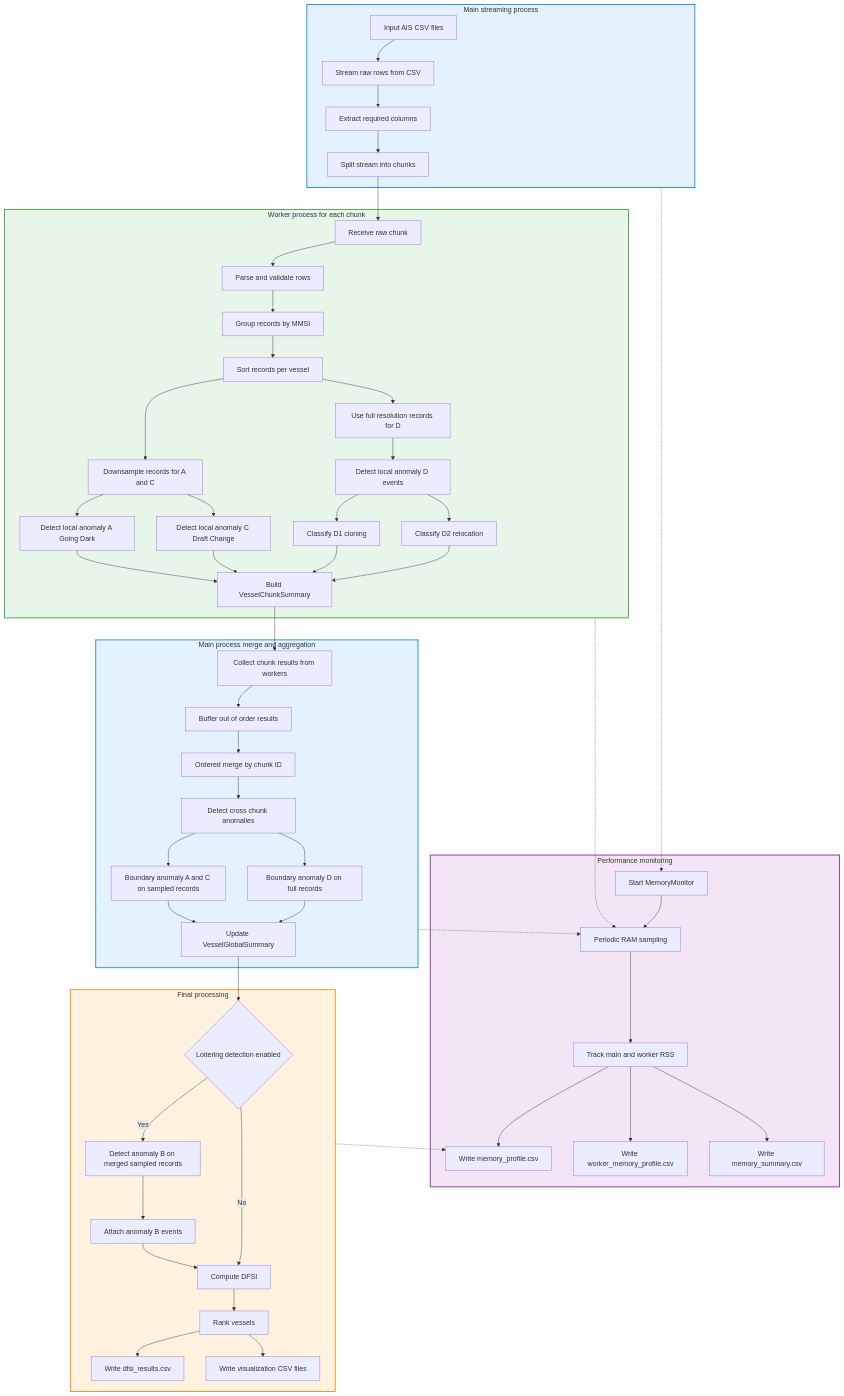
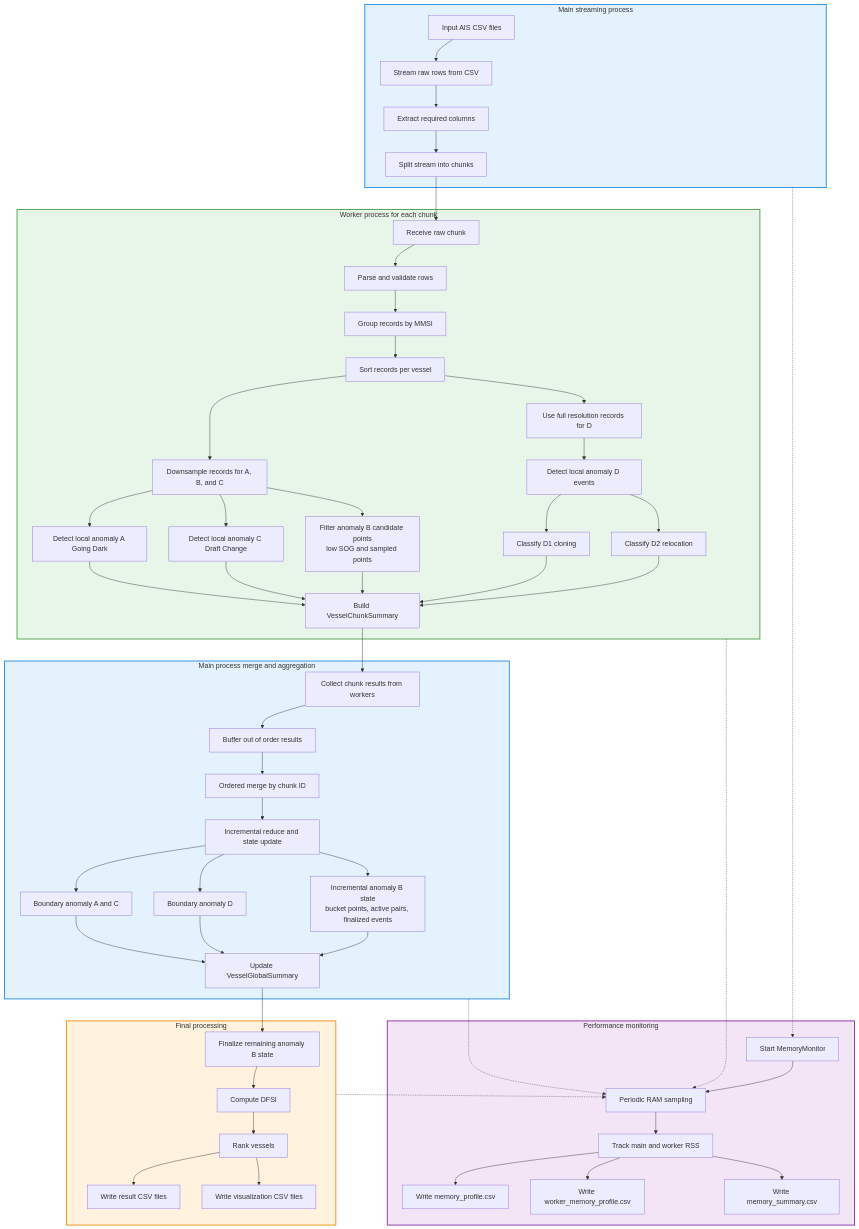
One commit to OnkarBasu/BigdataprojectVU changed the diagram in README.md. Above: the diagram before and after it, drawn with Mermaid. The commit also changed other lines of this file, not shown here.

```diff
--- a/README.md
+++ b/README.md
@@ -45,7 +55,7 @@
         G[Group records by MMSI]
         H[Sort records per vessel]
 
-        I[Downsample records for A and C]
+        I[Downsample records for A, B, and C]
         J[Use full resolution records for D]
 
         K[Detect local anomaly A Going Dark]
@@ -54,27 +64,29 @@
         M1[Classify D1 cloning]
         M2[Classify D2 relocation]
 
-        N[Build VesselChunkSummary]
+        N[Filter anomaly B candidate points\nlow SOG and sampled points]
+        O[Build VesselChunkSummary]
     end
 
     subgraph MP2[Main process merge and aggregation]
-        O[Collect chunk results from workers]
-        P[Buffer out of order results]
-        Q[Ordered merge by chunk ID]
-        R[Detect cross chunk anomalies]
-        R1[Boundary anomaly A and C on sampled records]
-        R2[Boundary anomaly D on full records]
-        S[Update VesselGlobalSummary]
+        P[Collect chunk results from workers]
+        Q[Buffer out of order results]
+        R[Ordered merge by chunk ID]
+
+        S[Incremental reduce and state update]
+        S1[Boundary anomaly A and C]
+        S2[Boundary anomaly D]
+        S3[Incremental anomaly B state\nbucket points, active pairs, finalized events]
+
+        T[Update VesselGlobalSummary]
     end
 
     subgraph FP[Final processing]
-        T{Loitering detection enabled}
-        U[Detect anomaly B on merged sampled records]
-        V[Attach anomaly B events]
-        W[Compute DFSI]
-        X[Rank vessels]
-        Y[Write dfsi_results.csv]
-        Z[Write visualization CSV files]
+        U[Finalize remaining anomaly B state]
+        V[Compute DFSI]
+        W[Rank vessels]
+        X[Write result CSV files]
+        Y[Write visualization CSV files]
     end
 
     subgraph PERF[Performance monitoring]
@@ -89,32 +101,38 @@
     A --> B --> C --> D --> E
     E --> F --> G --> H
     H --> I
+    H --> J
+
     I --> K
     I --> L
-    H --> J --> M
+    I --> N
+
+    J --> M
     M --> M1
     M --> M2
-    K --> N
-    L --> N
-    M1 --> N
-    M2 --> N
 
-    N --> O --> P --> Q --> R
-    R --> R1
-    R --> R2
-    R1 --> S
-    R2 --> S
+    K --> O
+    L --> O
+    M1 --> O
+    M2 --> O
+    N --> O
 
-    S --> T
-    T -->|Yes| U --> V --> W
-    T -->|No| W
-    W --> X --> Y
-    X --> Z
+    O --> P --> Q --> R --> S
+    S --> S1
+    S --> S2
+    S --> S3
+    S1 --> T
+    S2 --> T
+    S3 --> T
+
+    T --> U --> V --> W
+    W --> X
+    W --> Y
 
     MP1 -.-> PM1
     WP -.-> PM2
     MP2 -.-> PM2
-    FP -.-> PM4
+    FP -.-> PM2
     PM1 --> PM2 --> PM3
     PM3 --> PM4
     PM3 --> PM5
```
